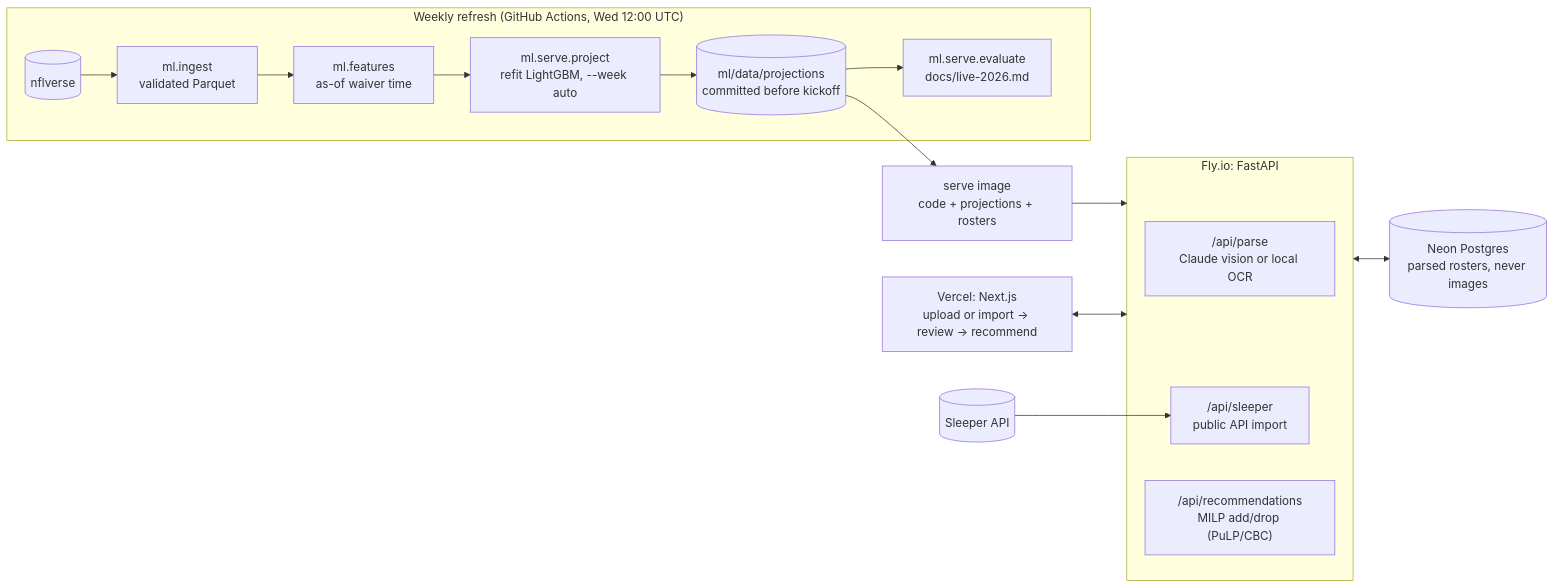
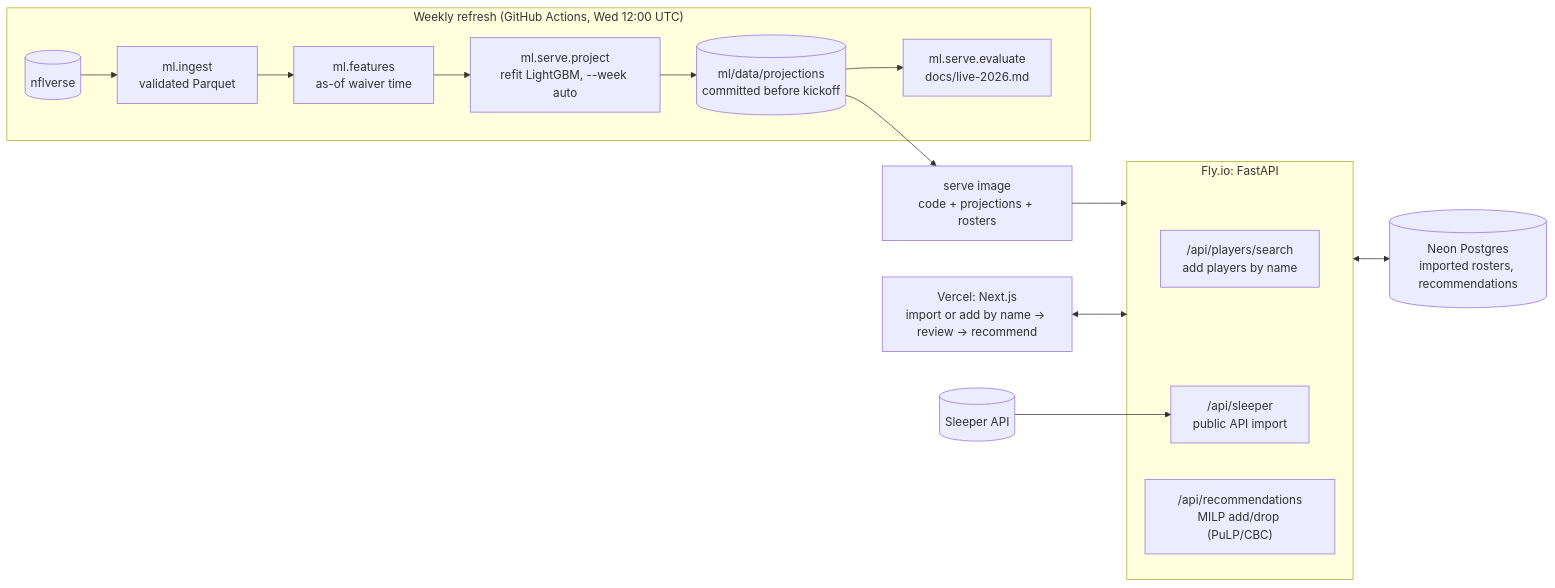
Before and after one commit to SebastianD101/audible-ai: the diagram in docs/architecture.md, drawn with Mermaid. The commit also changed other lines of this file and 10 other files, not shown here.

````diff
--- a/docs/architecture.md
+++ b/docs/architecture.md
@@ -3,23 +3,23 @@
 ```mermaid
 flowchart LR
   subgraph weekly["Weekly refresh (GitHub Actions, Wed 12:00 UTC)"]
     nflverse[(nflverse)] --> ingest["ml.ingest<br/>validated Parquet"]
     ingest --> features["ml.features<br/>as-of waiver time"]
     features --> project["ml.serve.project<br/>refit LightGBM, --week auto"]
     project --> git[("ml/data/projections<br/>committed before kickoff")]
     git --> evaluate["ml.serve.evaluate<br/>docs/live-2026.md"]
   end
 
   git --> image["serve image<br/>code + projections + rosters"]
   image --> fly
 
   subgraph fly["Fly.io: FastAPI"]
-    parse["/api/parse<br/>Claude vision or local OCR"]
+    search["/api/players/search<br/>add players by name"]
     sleeper["/api/sleeper<br/>public API import"]
     recs["/api/recommendations<br/>MILP add/drop (PuLP/CBC)"]
   end
 
-  fly <--> neon[(Neon Postgres<br/>parsed rosters, never images)]
+  fly <--> neon[(Neon Postgres<br/>imported rosters, recommendations)]
   sleeperapi[(Sleeper API)] --> sleeper
-  ui["Vercel: Next.js<br/>upload or import → review → recommend"] <--> fly
+  ui["Vercel: Next.js<br/>import or add by name → review → recommend"] <--> fly
 ```
````
